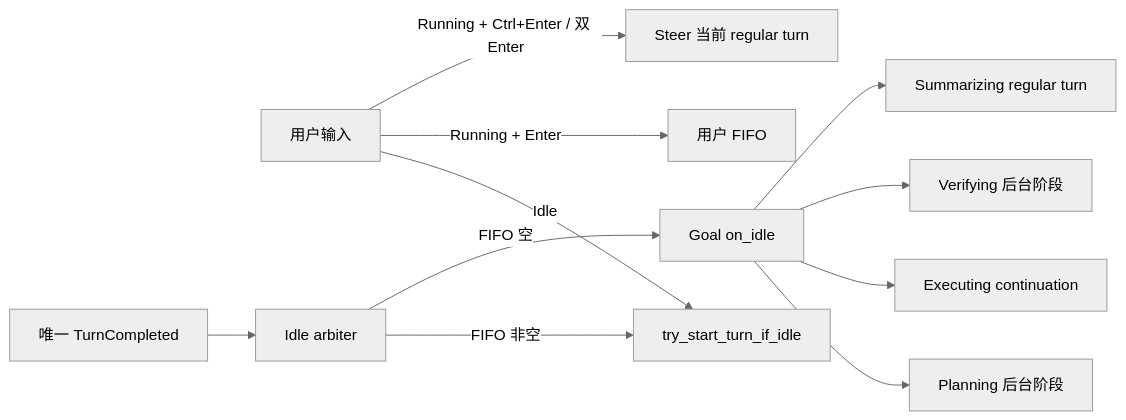
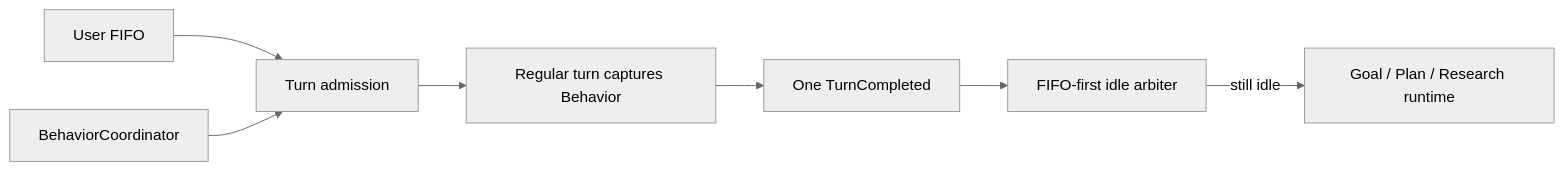
One commit to LordCasser/grow changed the diagram in docs/architecture/behavior-state-overview.md. Above: the diagram before and after it, drawn with Mermaid (neutral theme). The commit also changed other lines of this file and 159 other files, not shown here.

First line of the commit message:
refactor: unify behavior and goal control plane

````diff
--- a/docs/architecture/behavior-state-overview.md
+++ b/docs/architecture/behavior-state-overview.md
@@ -30,13 +19,9 @@
 ```mermaid
 flowchart LR
-    U["用户输入"] -->|"Idle"| G["try_start_turn_if_idle"]
-    U -->|"Running + Enter"| Q["用户 FIFO"]
-    U -->|"Running + Ctrl+Enter / 双 Enter"| S["Steer 当前 regular turn"]
-    T["唯一 TurnCompleted"] --> A["Idle arbiter"]
-    A -->|"FIFO 非空"| G
-    A -->|"FIFO 空"| H["Goal on_idle"]
-    H --> P["Planning 后台阶段"]
-    H --> E["Executing continuation"]
-    H --> V["Verifying 后台阶段"]
-    H --> F["Summarizing regular turn"]
+    U["User FIFO"] --> A["Turn admission"]
+    C["BehaviorCoordinator"] --> A
+    A --> T["Regular turn captures Behavior"]
+    T --> E["One TurnCompleted"]
+    E --> I["FIFO-first idle arbiter"]
+    I -->|"still idle"| R["Goal / Plan / Research runtime"]
 ```
````
